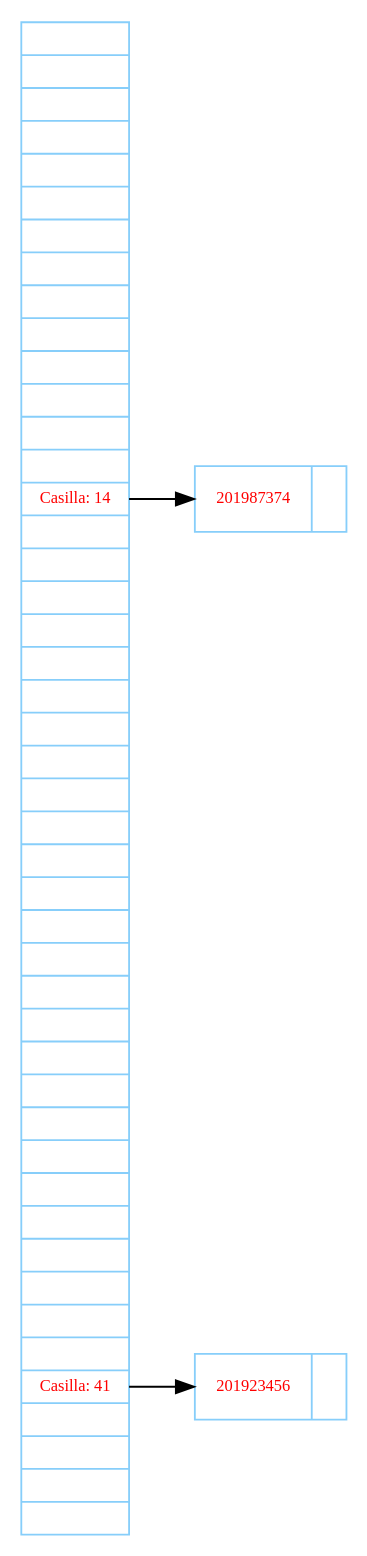
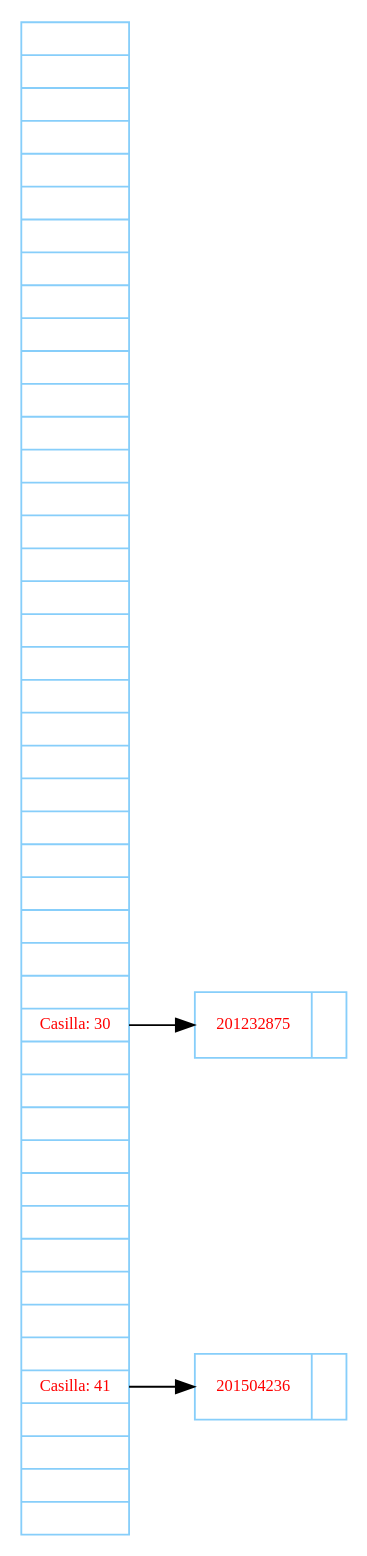
Before and after one commit to AdriGomez95/EDD_1S2020_PY2_201504236: the diagram in Proyecto2/TablaDispersa.dot, drawn with Graphviz. The commit also changed 70 other files, not shown here.

```diff
--- a/Proyecto2/TablaDispersa.dot
+++ b/Proyecto2/TablaDispersa.dot
@@ -1,10 +1,10 @@
 digraph G{
  node[shape=record fontsize=9 fontcolor=red color= lightskyblue fontname = Verdana];
  rankdir=LR;
-nodeR[label="<p0>|<p1>|<p2>|<p3>|<p4>|<p5>|<p6>|<p7>|<p8>|<p9>|<p10>|<p11>|<p12>|<p13>|<p14>Casilla: 14|<p15>|<p16>|<p17>|<p18>|<p19>|<p20>|<p21>|<p22>|<p23>|<p24>|<p25>|<p26>|<p27>|<p28>|<p29>|<p30>|<p31>|<p32>|<p33>|<p34>|<p35>|<p36>|<p37>|<p38>|<p39>|<p40>|<p41>Casilla: 41|<p42>|<p43>|<p44>|"];
-node14[label="{<p0>201987374|}"];
-nodeR:p14->node14;
-node41[label="{<p0>201923456|}"];
+nodeR[label="<p0>|<p1>|<p2>|<p3>|<p4>|<p5>|<p6>|<p7>|<p8>|<p9>|<p10>|<p11>|<p12>|<p13>|<p14>|<p15>|<p16>|<p17>|<p18>|<p19>|<p20>|<p21>|<p22>|<p23>|<p24>|<p25>|<p26>|<p27>|<p28>|<p29>|<p30>Casilla: 30|<p31>|<p32>|<p33>|<p34>|<p35>|<p36>|<p37>|<p38>|<p39>|<p40>|<p41>Casilla: 41|<p42>|<p43>|<p44>|"];
+node30[label="{<p0>201232875|}"];
+nodeR:p30->node30;
+node41[label="{<p0>201504236|}"];
 nodeR:p41->node41;
 
 }
```
